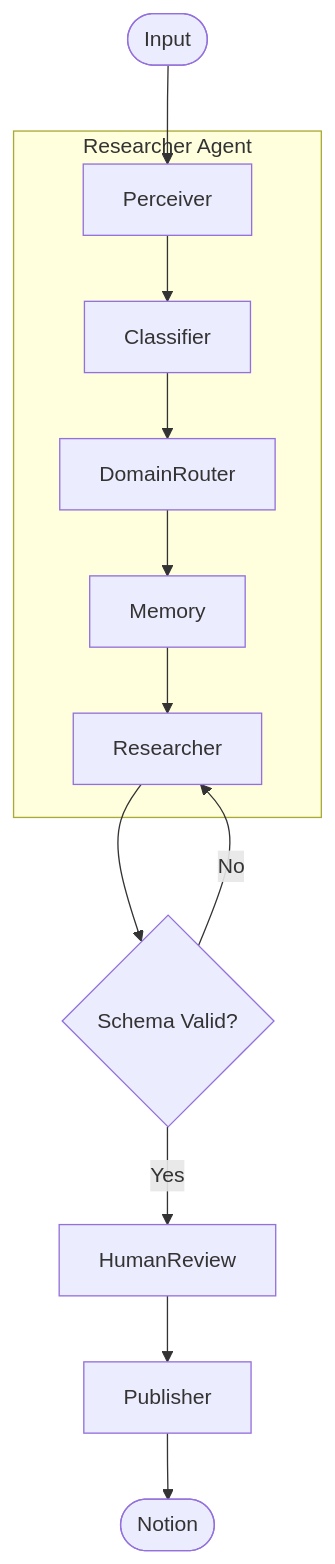
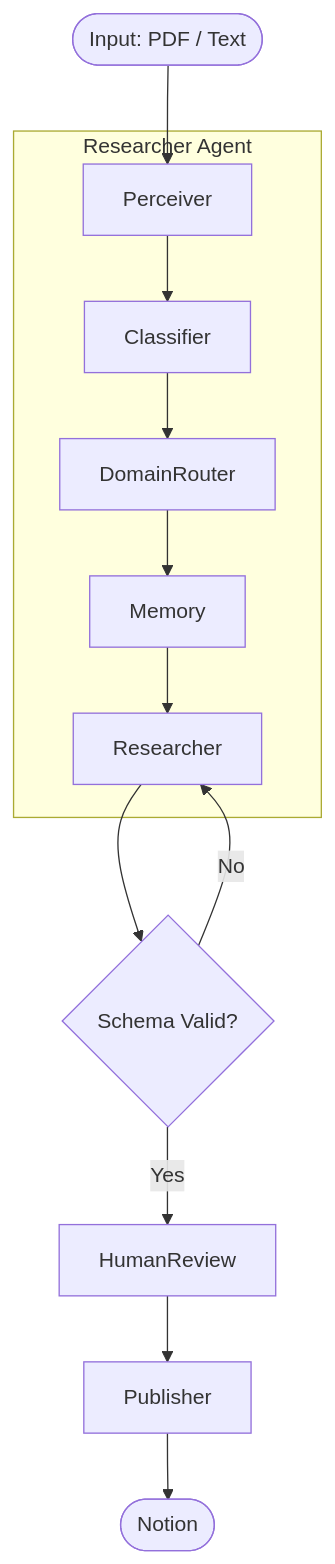
One commit to yuuuuuc-g/Notion-notes-AI-agent changed the diagram in README.md. Above: the diagram before and after it, drawn with Mermaid. The commit also changed other lines of this file and 8 other files, not shown here.

Commit message:
Refactor: Remove URL scraping, simplify input to PDF/Text, and update UI & README

````diff
--- a/README.md
+++ b/README.md
@@ -64,19 +66,20 @@
 ```mermaid
 graph TD
-    Start([Input])
+    Start([Input: PDF / Text])
     Start --> Perceiver
 
     subgraph Researcher Agent
         Perceiver --> Classifier
         Classifier --> DomainRouter
         DomainRouter --> Memory
         Memory --> Researcher
     end
 
     Researcher --> Validator{Schema Valid?}
     Validator -- No --> Researcher
     Validator -- Yes --> HumanReview
 
     HumanReview --> Publisher
     Publisher --> End([Notion])
+
 ```
````
